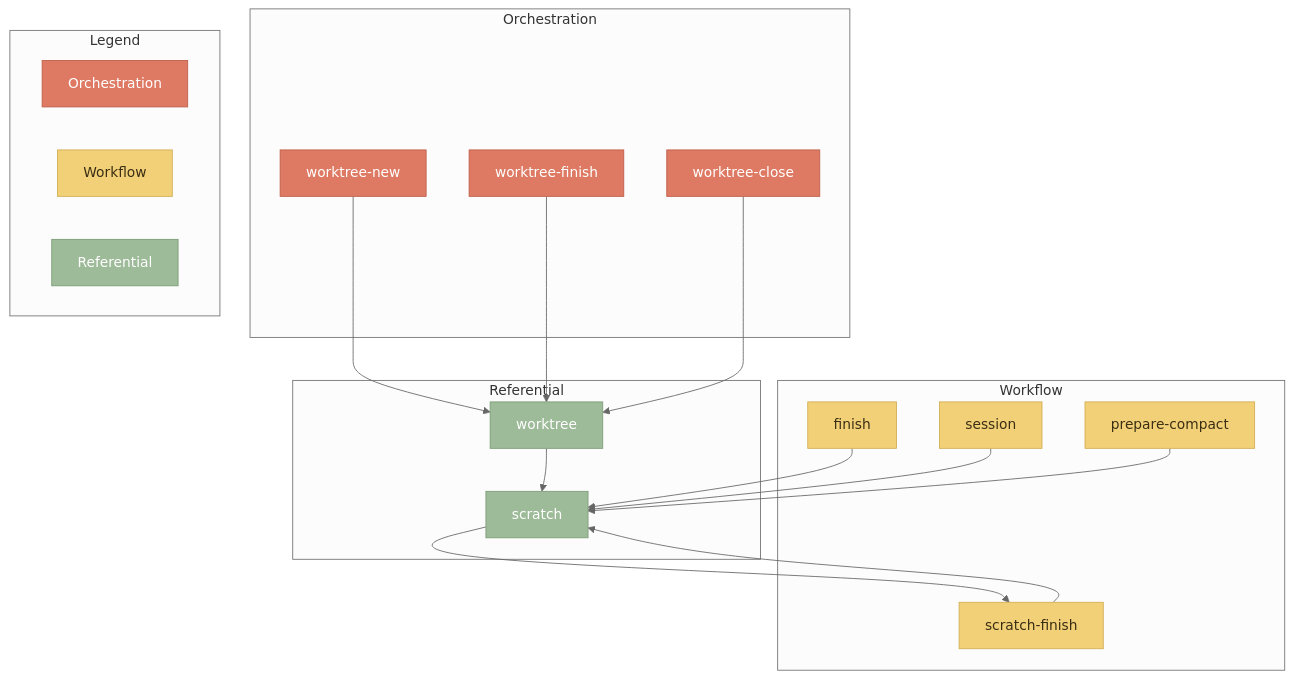
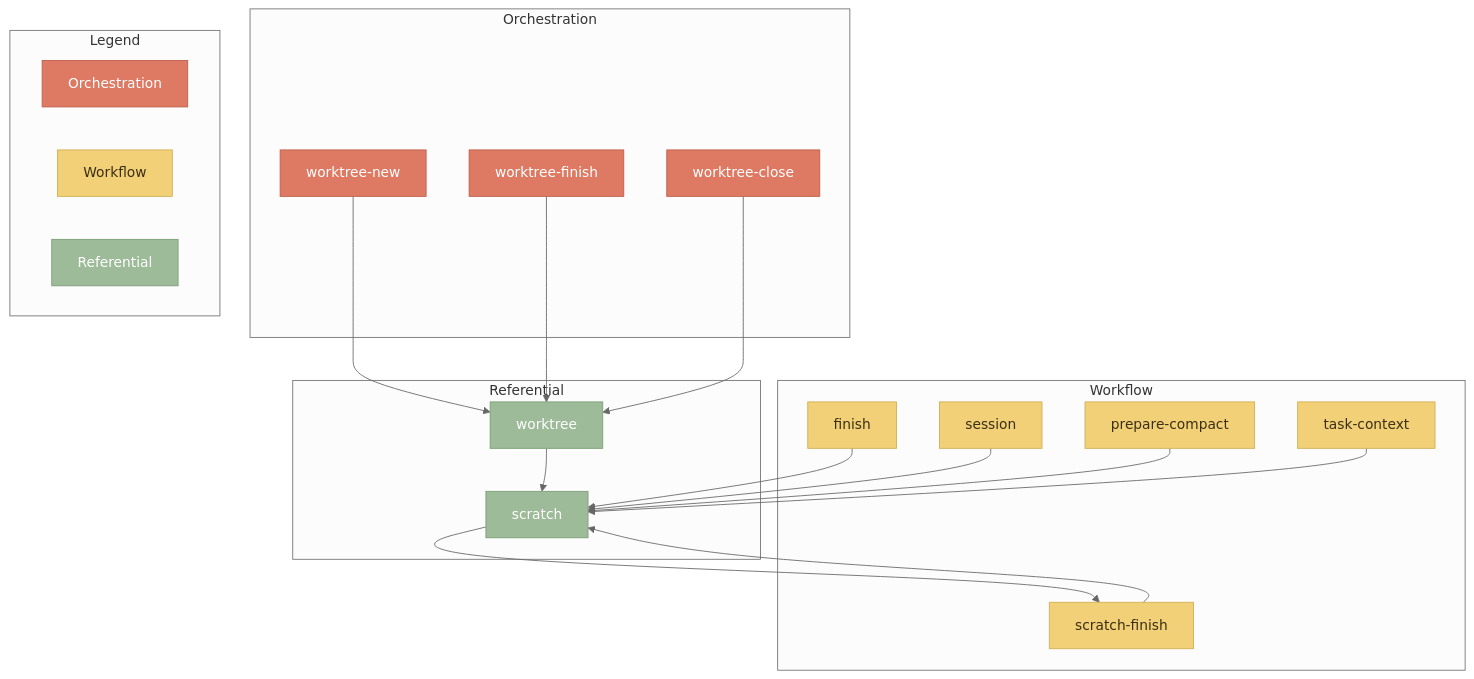
One commit to FAZuH/agent changed the diagram in docs/diagrams/skill-relations-referential.mmd. Above: the diagram before and after it, drawn with Mermaid. The commit also changed 5 other files, not shown here.

First line of the commit message:
docs: add forkflow, task-context, setup-dev-docs to skill relation diagrams

```diff
--- a/docs/diagrams/skill-relations-referential.mmd
+++ b/docs/diagrams/skill-relations-referential.mmd
@@ -1,50 +1,52 @@
 ---
 config:
   theme: 'neutral'
 ---
 flowchart TD
     subgraph loaders_orch["Orchestration"]
         worktree_new_r["worktree-new"]
         worktree_finish_r["worktree-finish"]
         worktree_close_r["worktree-close"]
     end
     subgraph loaders_workflow["Workflow"]
         finish_r["finish"]
         session_r["session"]
         prepare_compact_r["prepare-compact"]
         scratch_finish_r["scratch-finish"]
+        task_context_r["task-context"]
     end
     subgraph refdeps["Referential"]
         scratch["scratch"]
         worktree["worktree"]
     end
 
     %% following-procedures (14 loaders) and gate (12 loaders) omitted:
     %% every procedural skill loads them, so the edges add no signal.
     %% Full edge list lives in the skill-doctor graph.mmd.
 
     worktree_new_r --> worktree
     worktree_finish_r --> worktree
     worktree_close_r --> worktree
 
     finish_r --> scratch
     session_r --> scratch
     prepare_compact_r --> scratch
     scratch_finish_r --> scratch
+    task_context_r --> scratch
     worktree --> scratch
     scratch --> scratch_finish_r
 
     subgraph legend["Legend"]
         direction LR
         L_orch["Orchestration"]
         L_work["Workflow"]
         L_ref["Referential"]
     end
 
     classDef orchestration fill:#DE7A63,stroke:#BE5D48,color:#FFFFFF
     classDef workflow fill:#F2D077,stroke:#D1AD54,color:#3A2E14
     classDef referential fill:#9DBB98,stroke:#7B9C76,color:#FFFFFF
 
     class L_ref,scratch,worktree referential
     class L_orch,worktree_new_r,worktree_finish_r,worktree_close_r orchestration
-    class L_work,finish_r,session_r,prepare_compact_r,scratch_finish_r workflow
+    class L_work,finish_r,session_r,prepare_compact_r,scratch_finish_r,task_context_r workflow
```
